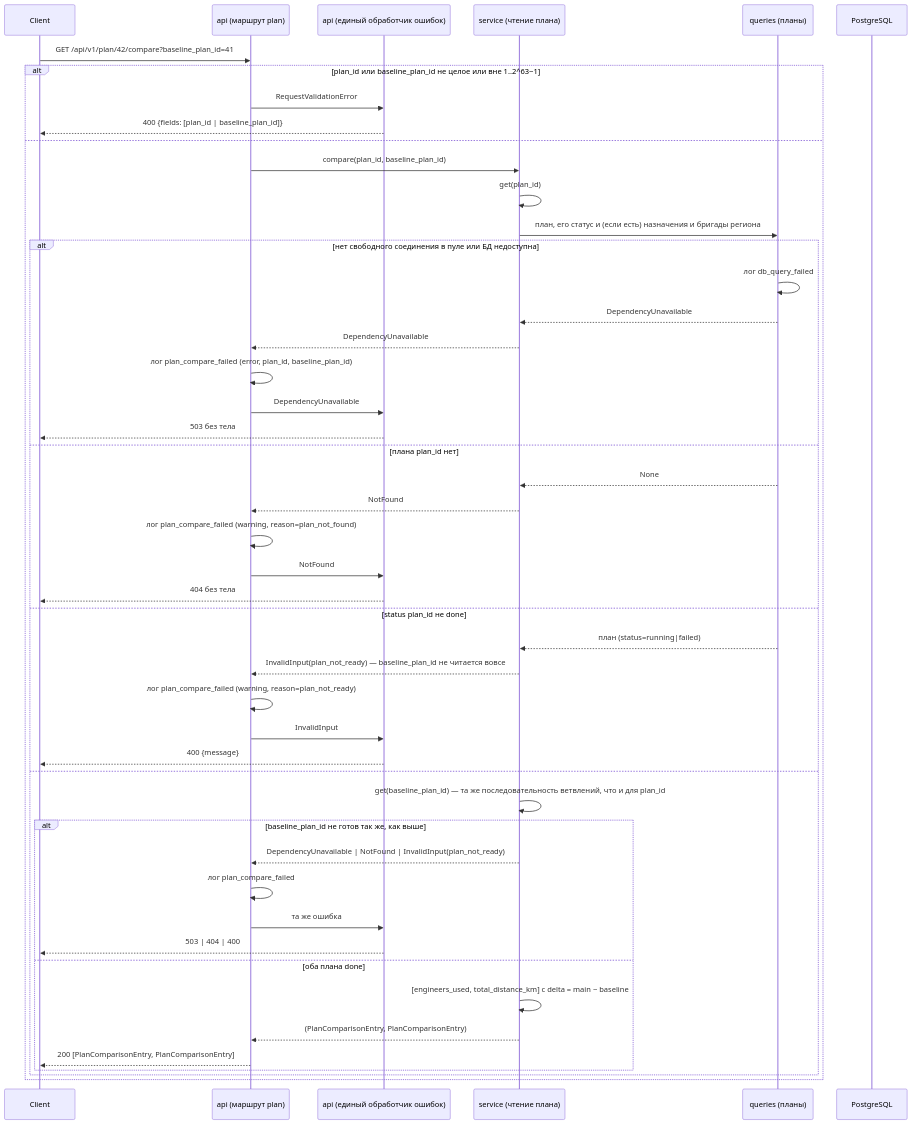
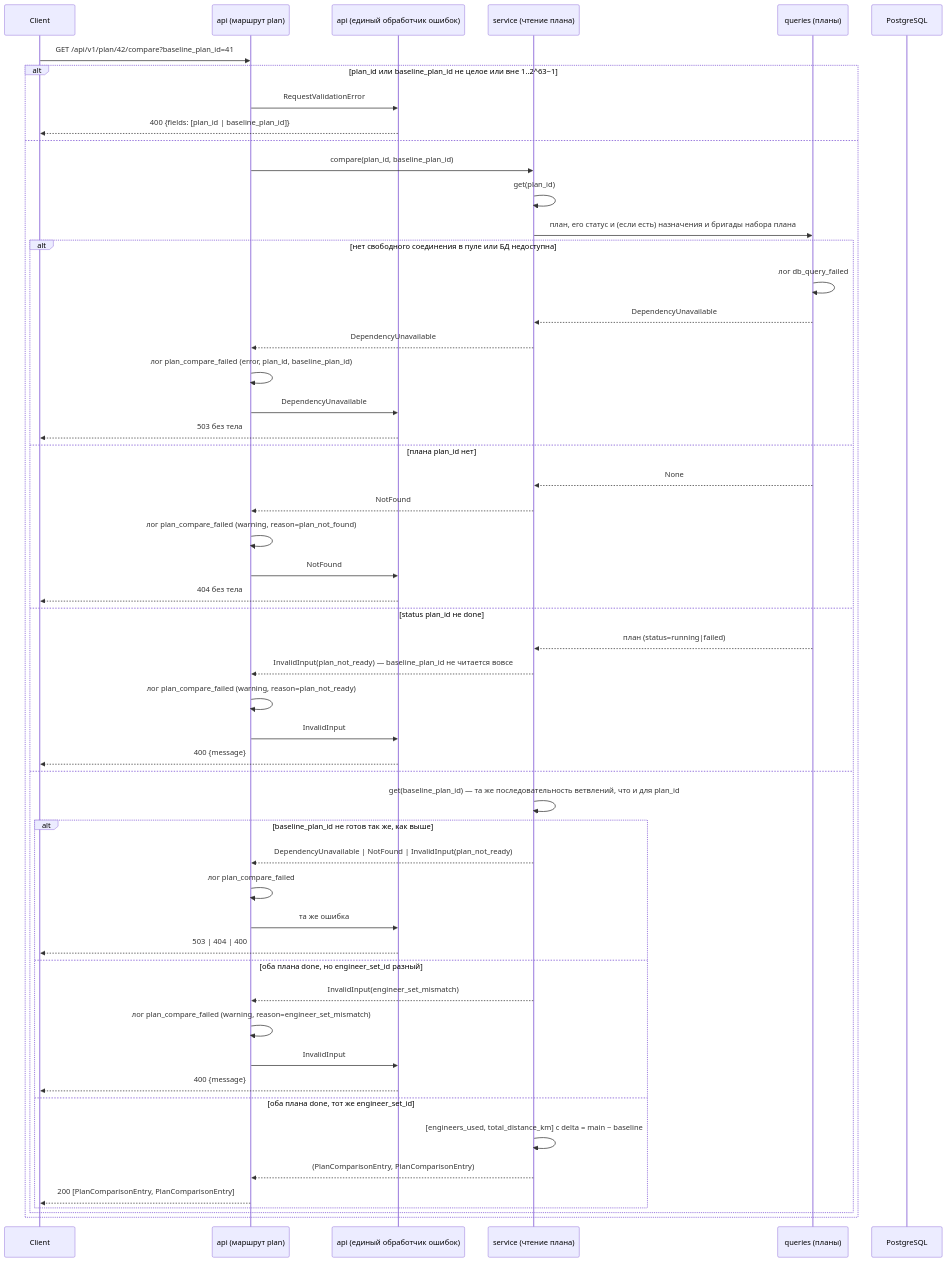
Before and after one commit to vseminoy/engineer_route_plan: diagram 14 of 15 in back/src/api/routes/sequence_diagrams.md, drawn with Mermaid. The commit also changed other lines of this file and 1 other file, not shown here.

Commit message:
chore(cloud): changeset 18 checkpoint — sequence diagrams (step 5), pending approval

````diff
--- a/back/src/api/routes/sequence_diagrams.md
+++ b/back/src/api/routes/sequence_diagrams.md
@@ -642,51 +918,56 @@
 ```mermaid
 sequenceDiagram
     participant Client
     participant API as api (маршрут plan)
     participant H as api (единый обработчик ошибок)
     participant Svc as service (чтение плана)
     participant PlanRepo as queries (планы)
     participant DB as PostgreSQL
 
     Client->>API: GET /api/v1/plan/42/compare?baseline_plan_id=41
     alt plan_id или baseline_plan_id не целое или вне 1..2^63−1
         API->>H: RequestValidationError
         H-->>Client: 400 {fields: [plan_id | baseline_plan_id]}
     else
         API->>Svc: compare(plan_id, baseline_plan_id)
         Svc->>Svc: get(plan_id)
-        Svc->>PlanRepo: план, его статус и (если есть) назначения и бригады региона
+        Svc->>PlanRepo: план, его статус и (если есть) назначения и бригады набора плана
         alt нет свободного соединения в пуле или БД недоступна
             PlanRepo->>PlanRepo: лог db_query_failed
             PlanRepo-->>Svc: DependencyUnavailable
             Svc-->>API: DependencyUnavailable
             API->>API: лог plan_compare_failed (error, plan_id, baseline_plan_id)
             API->>H: DependencyUnavailable
             H-->>Client: 503 без тела
         else плана plan_id нет
             PlanRepo-->>Svc: None
             Svc-->>API: NotFound
             API->>API: лог plan_compare_failed (warning, reason=plan_not_found)
             API->>H: NotFound
             H-->>Client: 404 без тела
         else status plan_id не done
             PlanRepo-->>Svc: план (status=running|failed)
             Svc-->>API: InvalidInput(plan_not_ready) — baseline_plan_id не читается вовсе
             API->>API: лог plan_compare_failed (warning, reason=plan_not_ready)
             API->>H: InvalidInput
             H-->>Client: 400 {message}
         else
             Svc->>Svc: get(baseline_plan_id) — та же последовательность ветвлений, что и для plan_id
             alt baseline_plan_id не готов так же, как выше
                 Svc-->>API: DependencyUnavailable | NotFound | InvalidInput(plan_not_ready)
                 API->>API: лог plan_compare_failed
                 API->>H: та же ошибка
                 H-->>Client: 503 | 404 | 400
-            else оба плана done
+            else оба плана done, но engineer_set_id разный
+                Svc-->>API: InvalidInput(engineer_set_mismatch)
+                API->>API: лог plan_compare_failed (warning, reason=engineer_set_mismatch)
+                API->>H: InvalidInput
+                H-->>Client: 400 {message}
+            else оба плана done, тот же engineer_set_id
                 Svc->>Svc: [engineers_used, total_distance_km] с delta = main − baseline
                 Svc-->>API: (PlanComparisonEntry, PlanComparisonEntry)
                 API-->>Client: 200 [PlanComparisonEntry, PlanComparisonEntry]
             end
         end
     end
 ```
````
